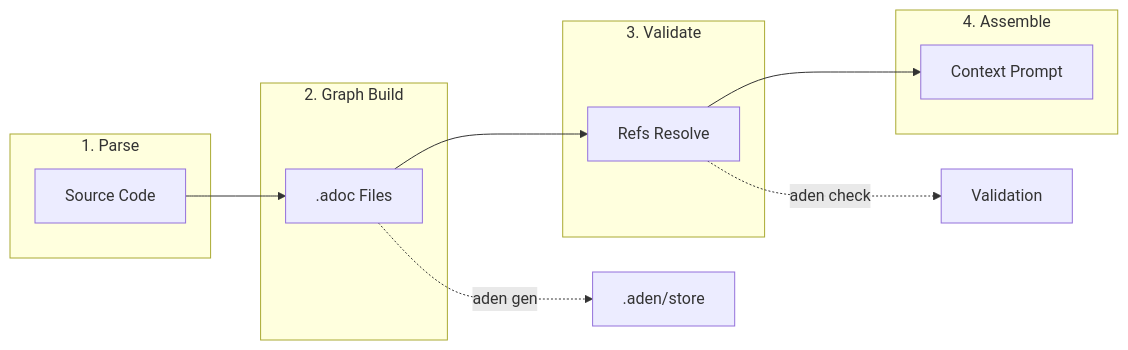
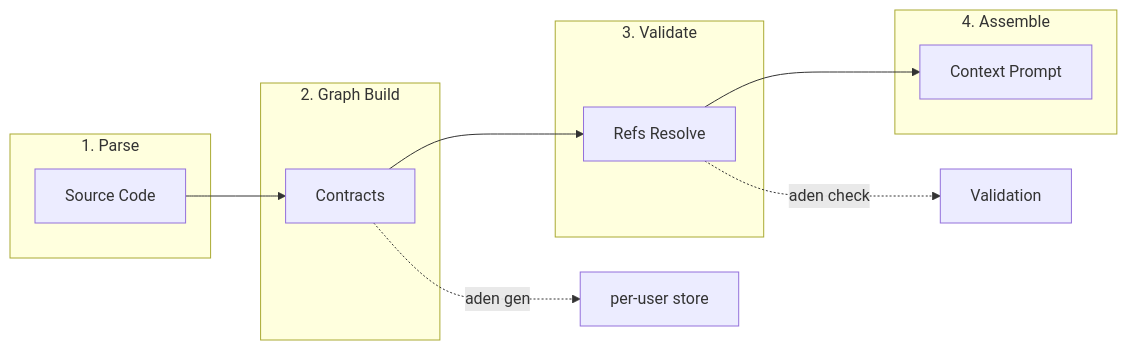
Before and after one commit to RioPlay/aden: the second of 4 diagrams in docs/architecture.adoc, drawn with Mermaid. The commit also changed other lines of this file and 9 other files, not shown here.

```diff
--- a/docs/architecture.adoc
+++ b/docs/architecture.adoc
@@ -116,24 +115,24 @@
 [mermaid, pipeline-stages, svg]
 ----
 flowchart LR
     subgraph Stage1[1. Parse]
         S1[Source Code]
     end
 
     subgraph Stage2[2. Graph Build]
-        S2[.adoc Files]
+        S2[Contracts]
     end
 
     subgraph Stage3[3. Validate]
         S3[Refs Resolve]
     end
 
     subgraph Stage4[4. Assemble]
         S4[Context Prompt]
     end
 
     S1 --> S2 --> S3 --> S4
 
-    S2 -.->|aden gen| G1[.aden/store]
+    S2 -.->|aden gen| G1[per-user store]
     S3 -.->|aden check| G2[Validation]
 ----
```
